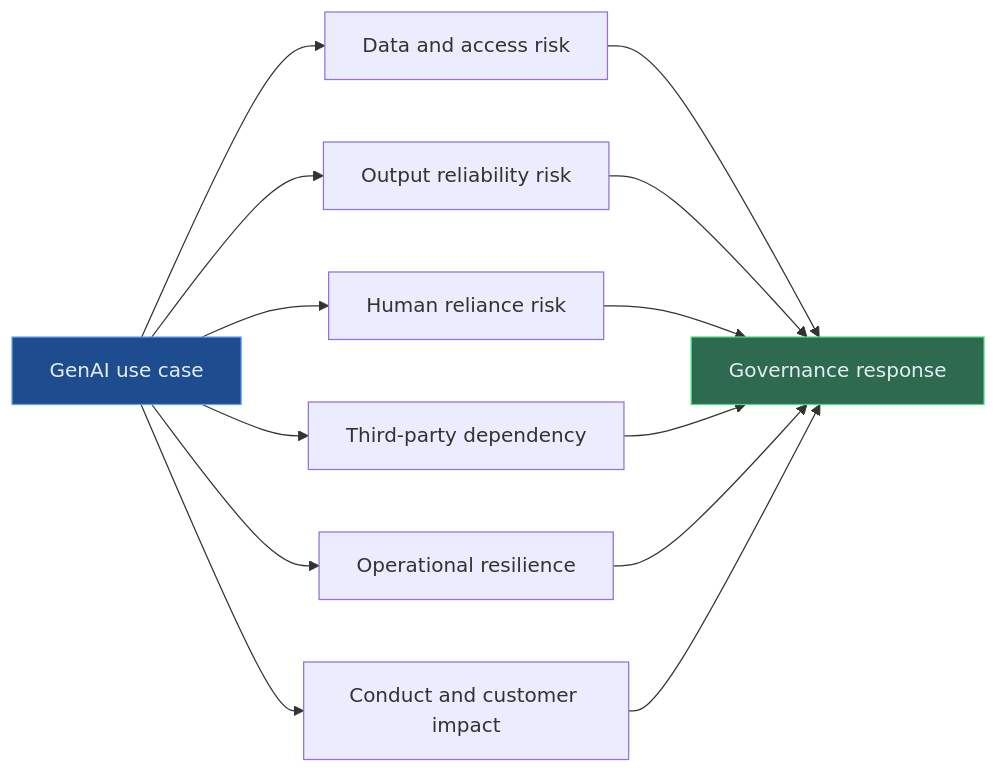
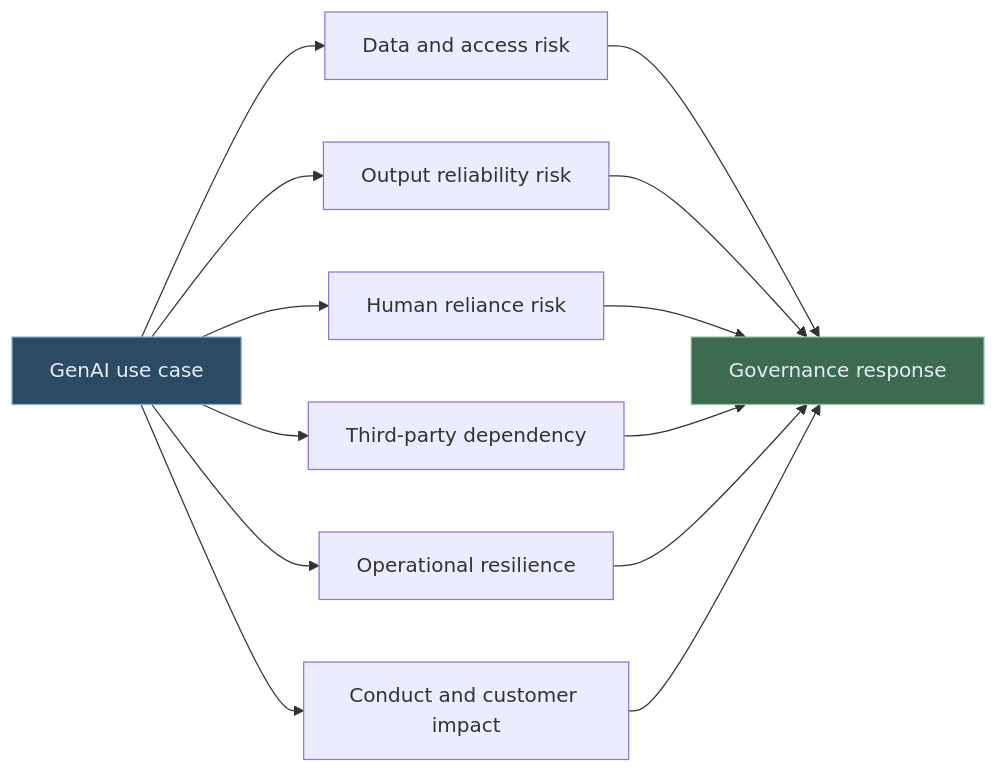
One commit to lorvexai/lorvexai changed the first of 2 diagrams in blog/ecb-ai-supervision-governance-genai-prudential-risk.md. Above: the diagram before and after it, drawn with Mermaid. The commit also changed other lines of this file and 16 other files, not shown here.

First line of the commit message:
Retune hardcoded Mermaid node colors to match the site palette

````diff
--- a/blog/ecb-ai-supervision-governance-genai-prudential-risk.md
+++ b/blog/ecb-ai-supervision-governance-genai-prudential-risk.md
@@ -28,19 +28,19 @@
 ```mermaid
 flowchart LR
   A[GenAI use case] --> B[Data and access risk]
   A --> C[Output reliability risk]
   A --> D[Human reliance risk]
   A --> E[Third-party dependency]
   A --> F[Operational resilience]
   A --> G[Conduct and customer impact]
 
   B --> H[Governance response]
   C --> H
   D --> H
   E --> H
   F --> H
   G --> H
 
-  style A fill:#1D4C8F,stroke:#60a5fa,color:#E6ECF7
-  style H fill:#2D6A4F,stroke:#4ade80,color:#E6ECF7
+  style A fill:#2C4A63,stroke:#8FB2CC,color:#E6ECF7
+  style H fill:#3D6B52,stroke:#95C2A8,color:#E6ECF7
 ```
````
